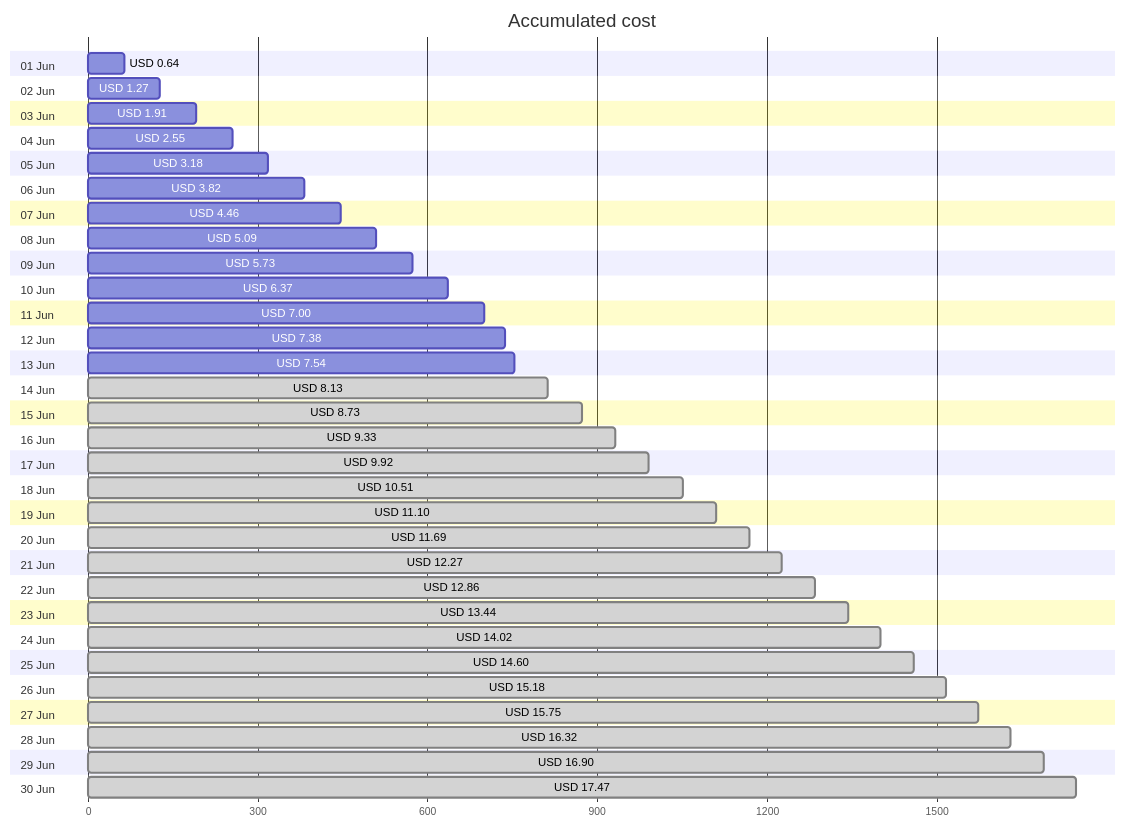
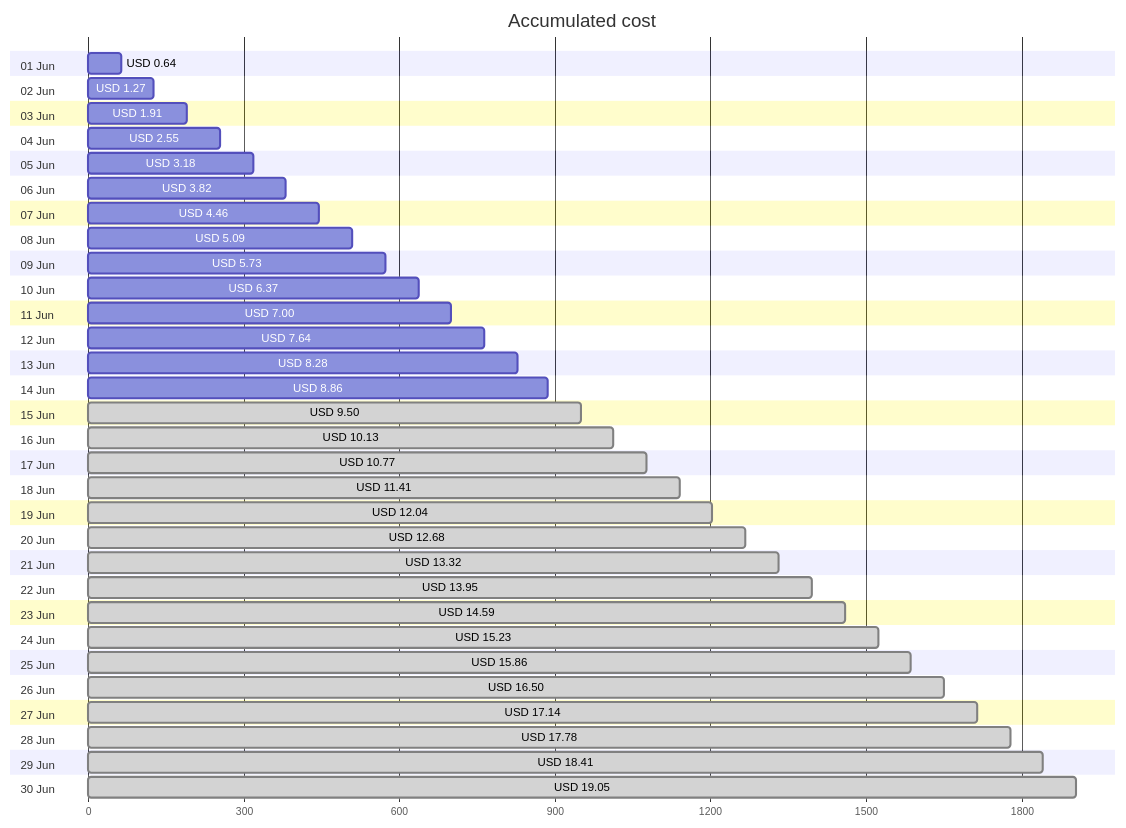
Before and after one commit to jpfulton/azure-personal-reports: the first of 4 diagrams in cost-reports/accumulated-cost.md, drawn with Mermaid. The commit also changed other lines of this file and 4 other files, not shown here.

````diff
--- a/cost-reports/accumulated-cost.md
+++ b/cost-reports/accumulated-cost.md
@@ -20,66 +20,66 @@
 ```mermaid
 gantt
    title Accumulated cost
    dateFormat  X
    axisFormat %s
    section 01 Jun
    USD 0.64 :0, 64
    section 02 Jun
    USD 1.27 :0, 127
    section 03 Jun
    USD 1.91 :0, 191
    section 04 Jun
    USD 2.55 :0, 255
    section 05 Jun
    USD 3.18 :0, 318
    section 06 Jun
    USD 3.82 :0, 382
    section 07 Jun
    USD 4.46 :0, 446
    section 08 Jun
    USD 5.09 :0, 509
    section 09 Jun
    USD 5.73 :0, 573
    section 10 Jun
    USD 6.37 :0, 637
    section 11 Jun
    USD 7.00 :0, 700
    section 12 Jun
-   USD 7.38 :0, 738
+   USD 7.64 :0, 764
    section 13 Jun
-   USD 7.54 :0, 754
+   USD 8.28 :0, 828
    section 14 Jun
-   USD 8.13 : done, 0, 813
+   USD 8.86 :0, 886
    section 15 Jun
-   USD 8.73 : done, 0, 873
+   USD 9.50 : done, 0, 950
    section 16 Jun
-   USD 9.33 : done, 0, 933
+   USD 10.13 : done, 0, 1013
    section 17 Jun
-   USD 9.92 : done, 0, 992
+   USD 10.77 : done, 0, 1077
    section 18 Jun
-   USD 10.51 : done, 0, 1051
+   USD 11.41 : done, 0, 1141
    section 19 Jun
-   USD 11.10 : done, 0, 1110
+   USD 12.04 : done, 0, 1204
    section 20 Jun
-   USD 11.69 : done, 0, 1169
+   USD 12.68 : done, 0, 1268
    section 21 Jun
-   USD 12.27 : done, 0, 1227
+   USD 13.32 : done, 0, 1332
    section 22 Jun
-   USD 12.86 : done, 0, 1286
+   USD 13.95 : done, 0, 1395
    section 23 Jun
-   USD 13.44 : done, 0, 1344
+   USD 14.59 : done, 0, 1459
    section 24 Jun
-   USD 14.02 : done, 0, 1402
+   USD 15.23 : done, 0, 1523
    section 25 Jun
-   USD 14.60 : done, 0, 1460
+   USD 15.86 : done, 0, 1586
    section 26 Jun
-   USD 15.18 : done, 0, 1518
+   USD 16.50 : done, 0, 1650
    section 27 Jun
-   USD 15.75 : done, 0, 1575
+   USD 17.14 : done, 0, 1714
    section 28 Jun
-   USD 16.32 : done, 0, 1632
+   USD 17.78 : done, 0, 1778
    section 29 Jun
-   USD 16.90 : done, 0, 1690
+   USD 18.41 : done, 0, 1841
    section 30 Jun
-   USD 17.47 : done, 0, 1747
+   USD 19.05 : done, 0, 1905
 ```
````
